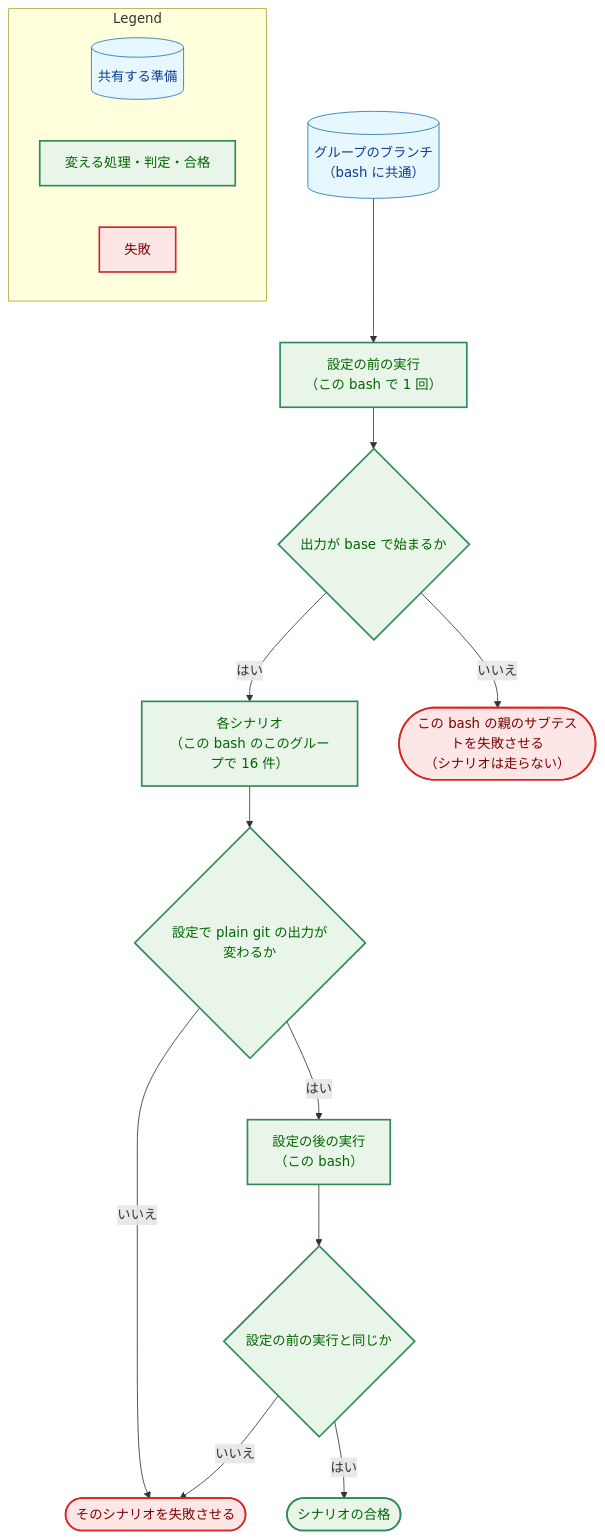
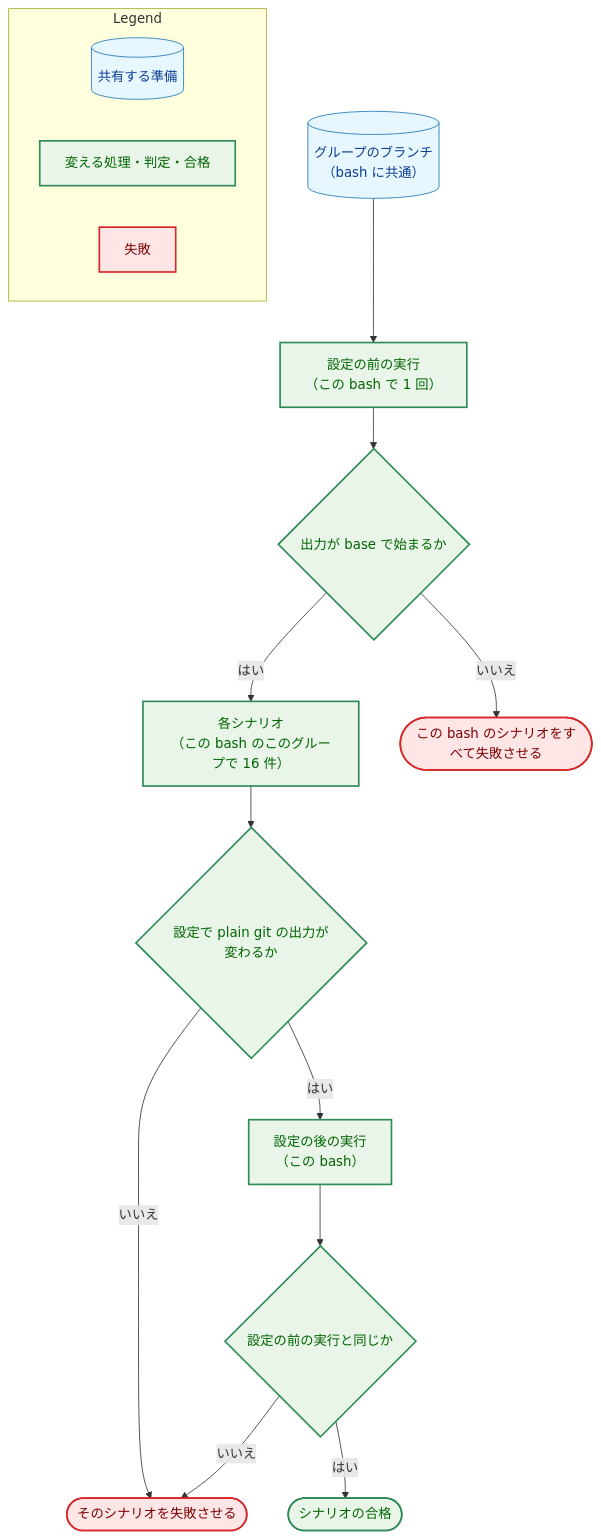
The fourth of 4 diagrams in docs/tasks/0127_git_fixture_test_speedup/02_architecture.md (isseis/yt2column), drawn with Mermaid before and after one commit. The commit also changed other lines of this file, not shown here.

First line of the commit message:
docs(0127): fix the architecture after the cross-check review

````diff
--- a/docs/tasks/0127_git_fixture_test_speedup/02_architecture.md
+++ b/docs/tasks/0127_git_fixture_test_speedup/02_architecture.md
@@ -404,39 +404,39 @@
 ```mermaid
 flowchart TD
     classDef data fill:#e6f7ff,stroke:#1f77b4,stroke-width:1px,color:#0b3d91;
     classDef enhanced fill:#e8f5e8,stroke:#2e8b57,stroke-width:2px,color:#006400;
     classDef problem fill:#ffe6e6,stroke:#d62728,stroke-width:2px,color:#7b0000;
 
     BR[("グループのブランチ<br>（bash に共通）")]
     BEFORE["設定の前の実行<br>（この bash で 1 回）"]
     PRE{"出力が base で始まるか"}
     SC["各シナリオ<br>（この bash のこのグループで 16 件）"]
     PLAIN{"設定で plain git の出力が変わるか"}
     AFTER["設定の後の実行<br>（この bash）"]
     CMP{"設定の前の実行と同じか"}
     PASS(["シナリオの合格"])
-    FAILALL(["この bash の親のサブテストを失敗させる<br>（シナリオは走らない）"])
+    FAILALL(["この bash のシナリオをすべて失敗させる"])
     FAILONE(["そのシナリオを失敗させる"])
 
     BR --> BEFORE --> PRE
     PRE -->|"いいえ"| FAILALL
     PRE -->|"はい"| SC
     SC --> PLAIN
     PLAIN -->|"いいえ"| FAILONE
     PLAIN -->|"はい"| AFTER --> CMP
     CMP -->|"はい"| PASS
     CMP -->|"いいえ"| FAILONE
 
     class BR data
     class BEFORE,SC,AFTER,PRE,PLAIN,CMP,PASS enhanced
     class FAILALL,FAILONE problem
 
     subgraph Legend["Legend"]
         L1[("共有する準備")]
         L2["変える処理・判定・合格"]
         L3["失敗"]
     end
     class L1 data
     class L2 enhanced
     class L3 problem
 ```
````
